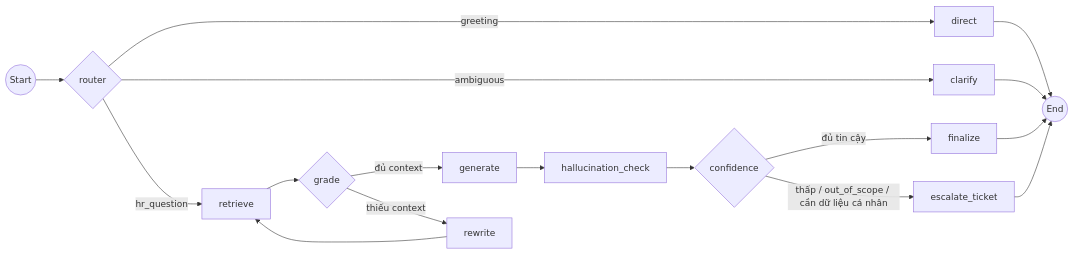
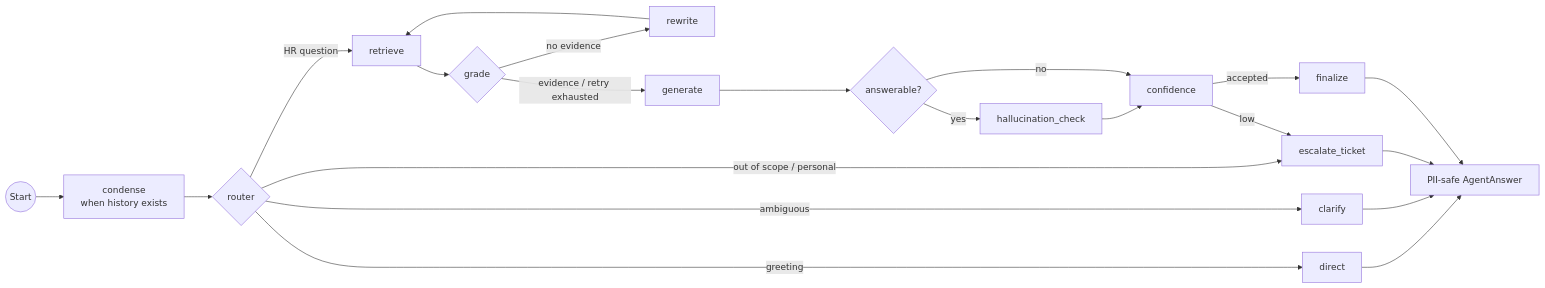
One commit to luongducthangDS/Enterprise-Document-Intelligence changed the second of 2 diagrams in docs/architecture_diagram.md. Above: the diagram before and after it, drawn with Mermaid. The commit also changed other lines of this file and 34 other files, not shown here.

````diff
--- a/docs/architecture_diagram.md
+++ b/docs/architecture_diagram.md
@@ -21,14 +29,15 @@
 ```mermaid
-graph LR
-    START((Start)) --> Router{router}
-    Router -->|greeting| Direct[direct] --> END((End))
-    Router -->|ambiguous| Clarify[clarify] --> END
-    Router -->|hr_question| Retrieve[retrieve]
-    Retrieve --> Grade{grade}
-    Grade -->|đủ context| Generate[generate]
-    Grade -->|thiếu context| Rewrite[rewrite] --> Retrieve
-    Generate --> Hallu[hallucination_check]
-    Hallu --> Confidence{confidence}
-    Confidence -->|đủ tin cậy| Finalize[finalize] --> END
-    Confidence -->|thấp / out_of_scope / cần dữ liệu cá nhân| Escalate[escalate_ticket] --> END
+flowchart LR
+    START((Start)) --> CONDENSE["condense\nwhen history exists"] --> ROUTER{router}
+    ROUTER -->|greeting| DIRECT[direct] --> SAFE["PII-safe AgentAnswer"]
+    ROUTER -->|ambiguous| CLARIFY[clarify] --> SAFE
+    ROUTER -->|out of scope / personal| ESC[escalate_ticket] --> SAFE
+    ROUTER -->|HR question| RETRIEVE[retrieve] --> GRADE{grade}
+    GRADE -->|no evidence| REWRITE[rewrite] --> RETRIEVE
+    GRADE -->|evidence / retry exhausted| GENERATE[generate]
+    GENERATE --> CHECK{answerable?}
+    CHECK -->|yes| HALLUC[hallucination_check] --> CONF[confidence]
+    CHECK -->|no| CONF
+    CONF -->|accepted| FINAL[finalize] --> SAFE
+    CONF -->|low| ESC
 ```
````
